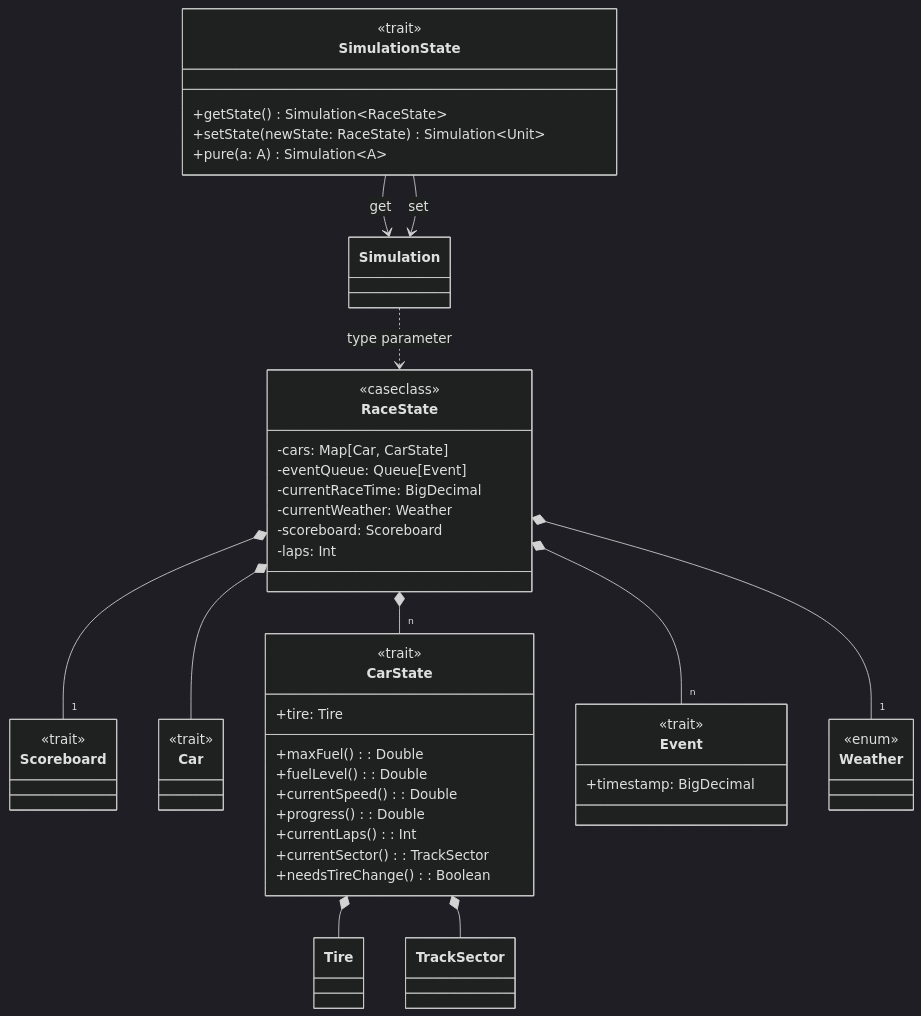
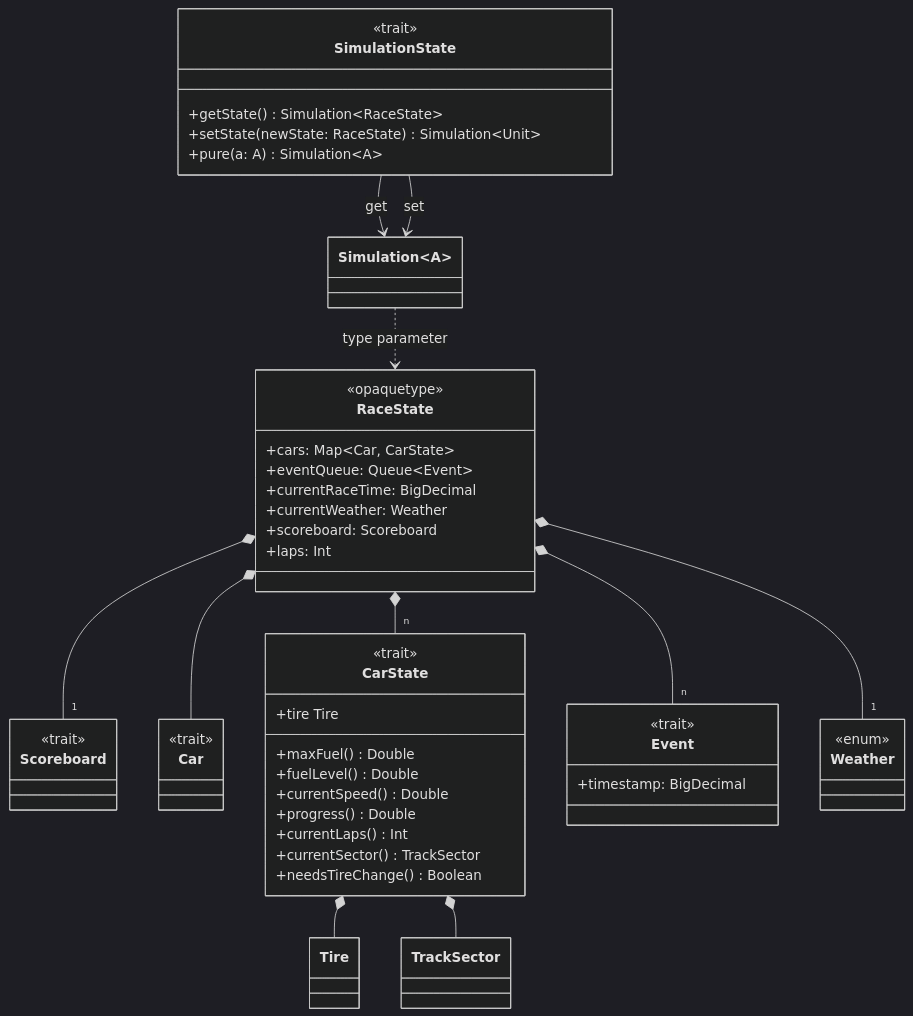
The diagram in docs/report/4_detailed_design/model/vuksan/simulation.md (ItsTiz/PPS-24-sgp), drawn with Mermaid (dark theme) before and after one commit. The commit also changed other lines of this file and 6 other files, not shown here.

````diff
--- a/docs/report/4_detailed_design/model/vuksan/simulation.md
+++ b/docs/report/4_detailed_design/model/vuksan/simulation.md
@@ -9,64 +9,64 @@
 ```mermaid
 classDiagram
     direction TB
 
     class SimulationState {
         <<trait>>
         +getState() Simulation~RaceState~
         +setState(newState: RaceState) Simulation~Unit~
         +pure(a: A) Simulation~A~
     }
 
-    class Simulation
-    
+    class Simulation~A~
+
     class RaceState {
-        <<caseclass>>
-        -cars: Map[Car, CarState]
-        -eventQueue: Queue[Event]
-        -currentRaceTime: BigDecimal
-        -currentWeather: Weather
-        -scoreboard: Scoreboard
-        -laps: Int
+        <<opaquetype>>
+        +cars: Map~Car, CarState~
+        +eventQueue: Queue~Event~
+        +currentRaceTime: BigDecimal
+        +currentWeather: Weather
+        +scoreboard: Scoreboard
+        +laps: Int
     }
 
     class Scoreboard {
         <<trait>>
     }
 
     class Car {
         <<trait>>
     }
 
     class CarState {
         <<trait>>
-        +maxFuel(): Double
-        +fuelLevel(): Double
-        +currentSpeed(): Double
-        +progress(): Double
-        +tire: Tire
-        +currentLaps(): Int
-        +currentSector(): TrackSector
-        +needsTireChange(): Boolean
+        +maxFuel() Double
+        +fuelLevel() Double
+        +currentSpeed() Double
+        +progress() Double
+        +tire Tire
+        +currentLaps() Int
+        +currentSector() TrackSector
+        +needsTireChange() Boolean
     }
 
     class Event {
         <<trait>>
         +timestamp: BigDecimal
     }
 
     class Weather {
         <<enum>>
     }
 
     RaceState *-- "1" Weather
     RaceState *-- "1" Scoreboard
     RaceState *-- "n" CarState
     RaceState *-- "n" Event
     RaceState *-- Car
     CarState *-- Tire
     CarState *-- TrackSector
     SimulationState --> Simulation~RaceState~: get
     SimulationState --> Simulation~Unit~: set
     Simulation ..> RaceState: type parameter
 
 ```
````
